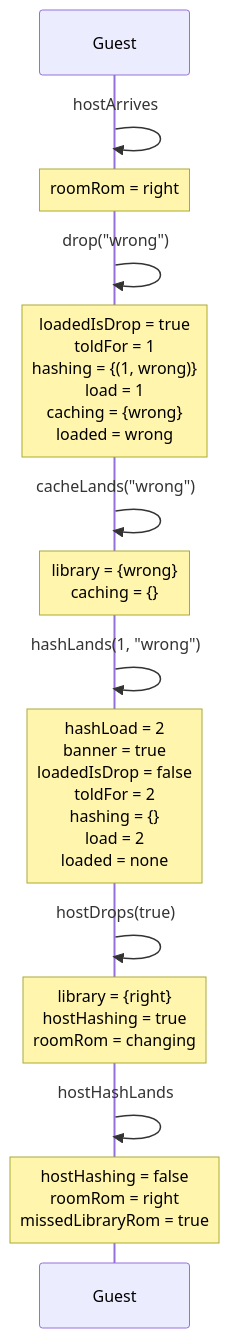
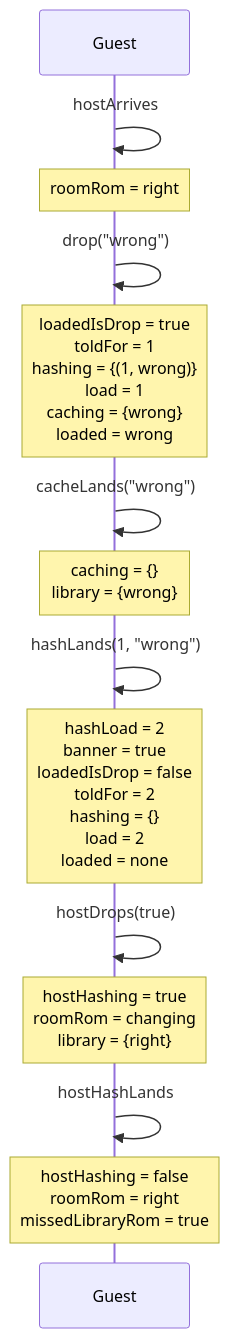
One commit to kwilson21/kaillera-next changed diagram 26 of 27 in docs/spec-traces.md. Above: the diagram before and after it, drawn with Mermaid. The commit also changed other lines of this file, not shown here.

````diff
--- a/docs/spec-traces.md
+++ b/docs/spec-traces.md
@@ -698,16 +698,16 @@
 ```mermaid
 sequenceDiagram
   participant Guest
   Guest->>Guest: hostArrives
   Note over Guest: roomRom = right
   Guest->>Guest: drop("wrong")
   Note over Guest: loadedIsDrop = true<br/>toldFor = 1<br/>hashing = {(1, wrong)}<br/>load = 1<br/>caching = {wrong}<br/>loaded = wrong
   Guest->>Guest: cacheLands("wrong")
-  Note over Guest: library = {wrong}<br/>caching = {}
+  Note over Guest: caching = {}<br/>library = {wrong}
   Guest->>Guest: hashLands(1, "wrong")
   Note over Guest: hashLoad = 2<br/>banner = true<br/>loadedIsDrop = false<br/>toldFor = 2<br/>hashing = {}<br/>load = 2<br/>loaded = none
   Guest->>Guest: hostDrops(true)
-  Note over Guest: library = {right}<br/>hostHashing = true<br/>roomRom = changing
+  Note over Guest: hostHashing = true<br/>roomRom = changing<br/>library = {right}
   Guest->>Guest: hostHashLands
   Note over Guest: hostHashing = false<br/>roomRom = right<br/>missedLibraryRom = true
 ```
````
